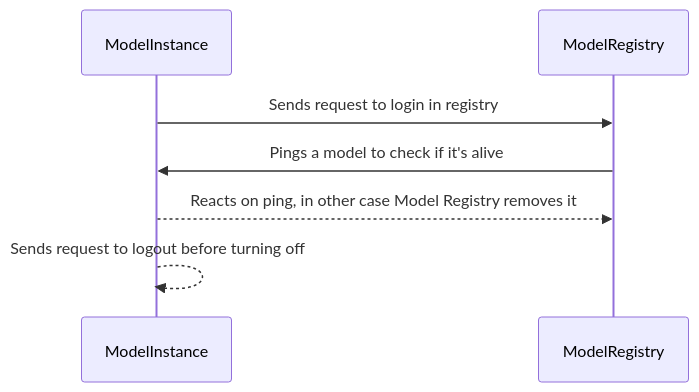
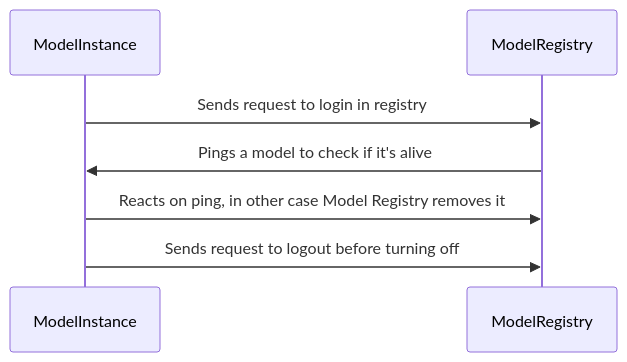
One commit to hermandyudin/demo changed the diagram in doc/ABOUT.md. Above: the diagram before and after it, drawn with Mermaid.

````diff
--- a/doc/ABOUT.md
+++ b/doc/ABOUT.md
@@ -9,9 +9,9 @@
 ```mermaid 
 sequenceDiagram 
 participant ModelInstance 
 participant ModelRegistry  
 ModelInstance->>ModelRegistry: Sends request to login in registry
 ModelRegistry->>ModelInstance: Pings a model to check if it's alive
-ModelInstance-->>ModelRegistry: Reacts on ping, in other case Model Registry removes it
-ModelInstance-->>ModelInstance: Sends request to logout before turning off
+ModelInstance->>ModelRegistry: Reacts on ping, in other case Model Registry removes it
+ModelInstance->>ModelRegistry: Sends request to logout before turning off
 ```
````
